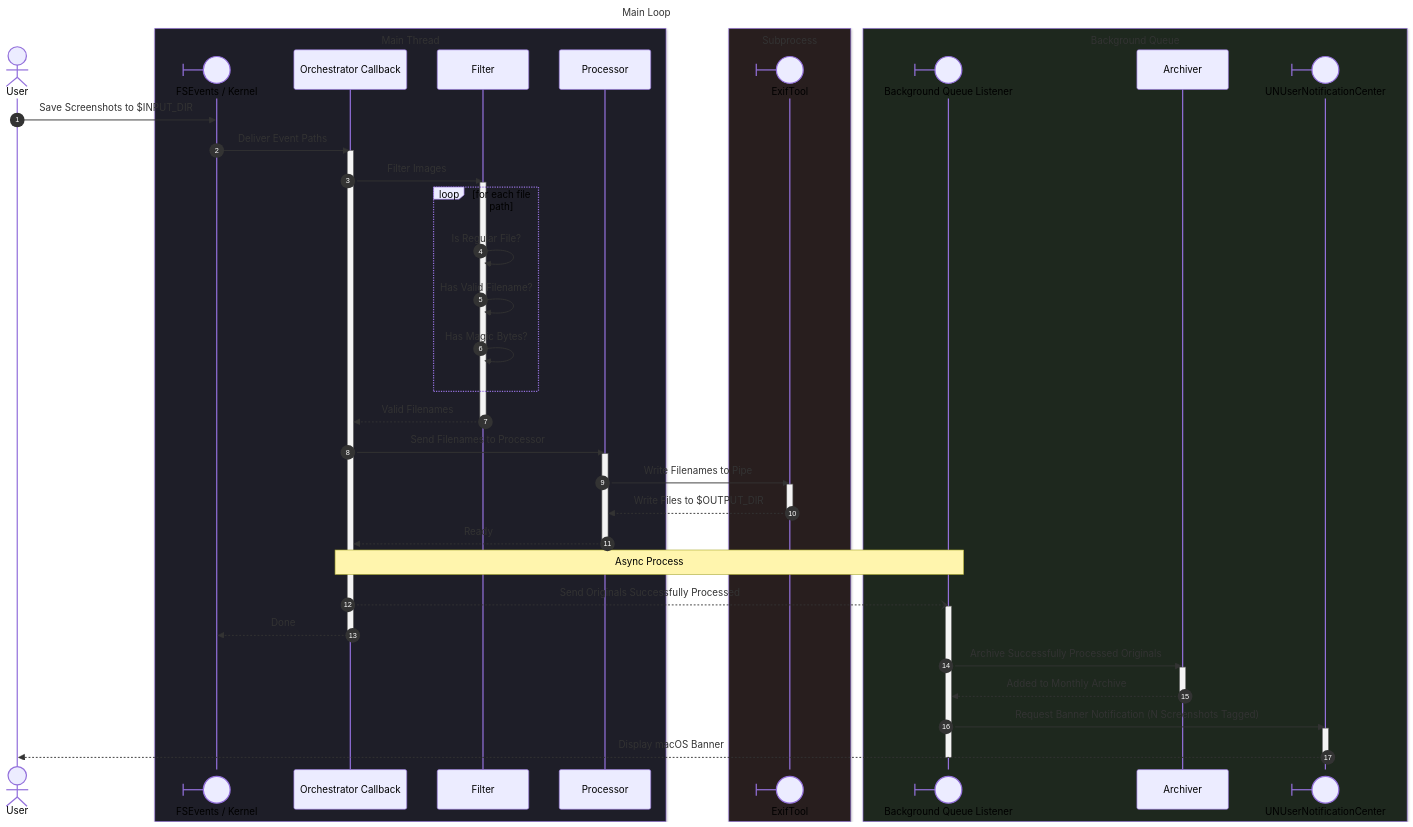
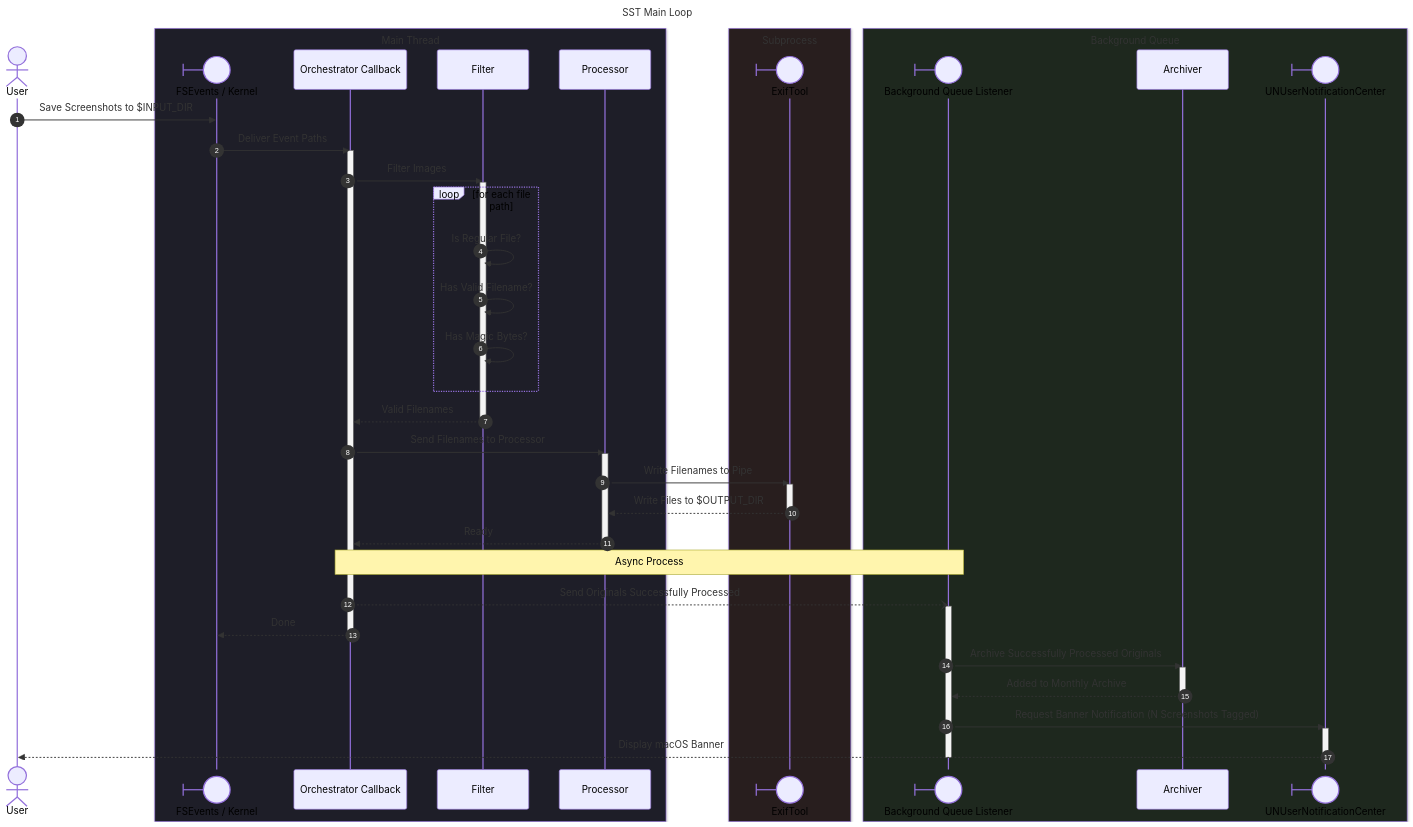
The diagram in Documentation/sequence-diagram_main-loop.mmd (CharlesMC11/sst), drawn with Mermaid before and after one commit. The commit also changed 2 other files, not shown here.

```diff
--- a/Documentation/sequence-diagram_main-loop.mmd
+++ b/Documentation/sequence-diagram_main-loop.mmd
@@ -1,66 +1,66 @@
 ---
-title: Main Loop
+title: SST Main Loop
 ---
 sequenceDiagram
   autonumber
 
   actor User
 
   box rgb(30, 30, 40) Main Thread
     participant FS@{ type: boundary } as FSEvents / Kernel
     participant O as Orchestrator Callback
     participant F as Filter
     participant P as Processor
   end
 
   box rgb(40, 30, 30) Subprocess
     participant ET@{ type: boundary } as ExifTool
   end
 
   box rgb(30, 40, 30) Background Queue
     participant BG@{ type: boundary } as Background Queue Listener
     participant A as Archiver
     participant N@{ type: boundary } as UNUserNotificationCenter
   end
 
   User ->> FS : Save Screenshots to $INPUT_DIR
   FS ->> O : Deliver Event Paths
 
   activate O
     O ->> F : Filter Images
       activate F
         loop for each file path
           F ->> F : Is Regular File?
           F ->> F : Has Valid Filename?
           F ->> F : Has Magic Bytes?
         end
         F -->> O : Valid Filenames
       deactivate F
 
     O ->> P : Send Filenames to Processor
     activate P
       P ->> ET : Write Filenames to Pipe
       activate ET
         ET -->> P : Write Files to $OUTPUT_DIR
       deactivate ET
       P -->> O : Ready
     deactivate P
 
     Note over O,BG: Async Process
     O --) BG : Send Originals Successfully Processed
     activate BG
       O -->> FS : Done
 
   deactivate O
 
       BG ->> A : Archive Successfully Processed Originals
       activate A
         A -->> BG : Added to Monthly Archive
       deactivate A
 
       BG ->> N : Request Banner Notification (N Screenshots Tagged)
 
       activate N
         N -->> User : Display macOS Banner
       deactivate N
     deactivate BG
```
